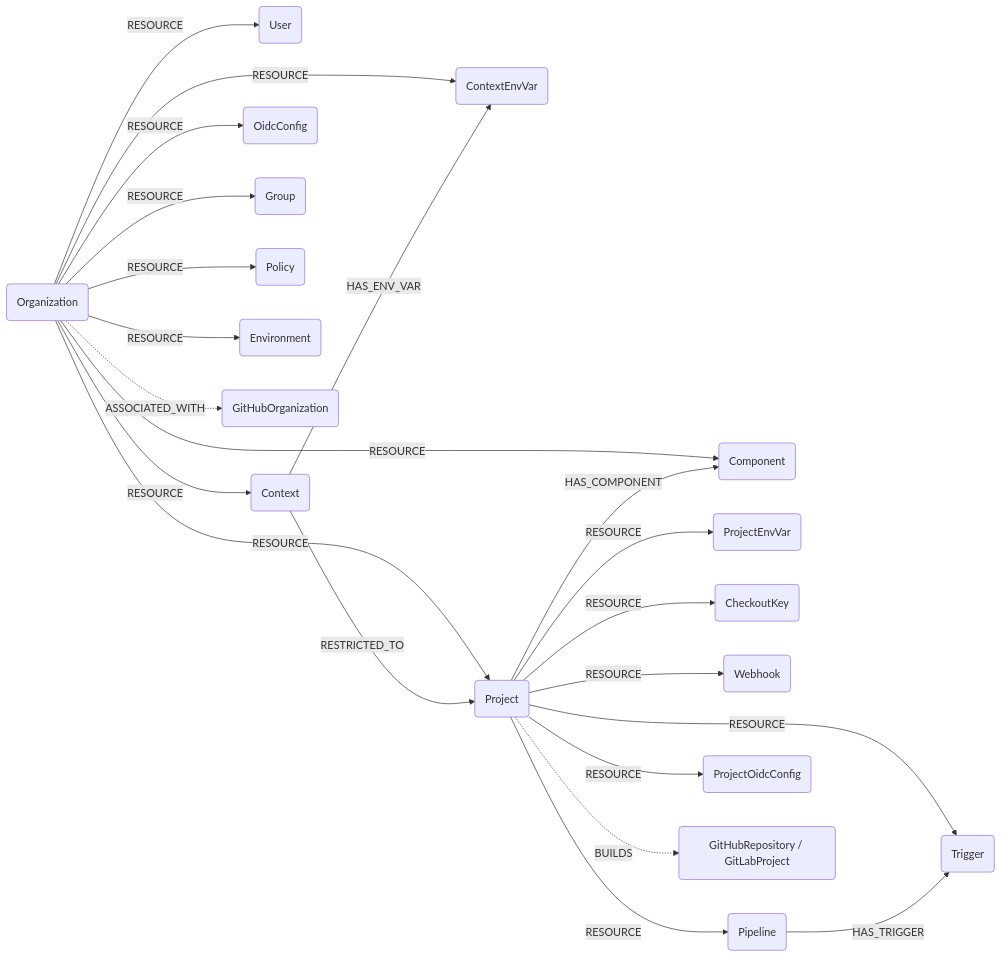
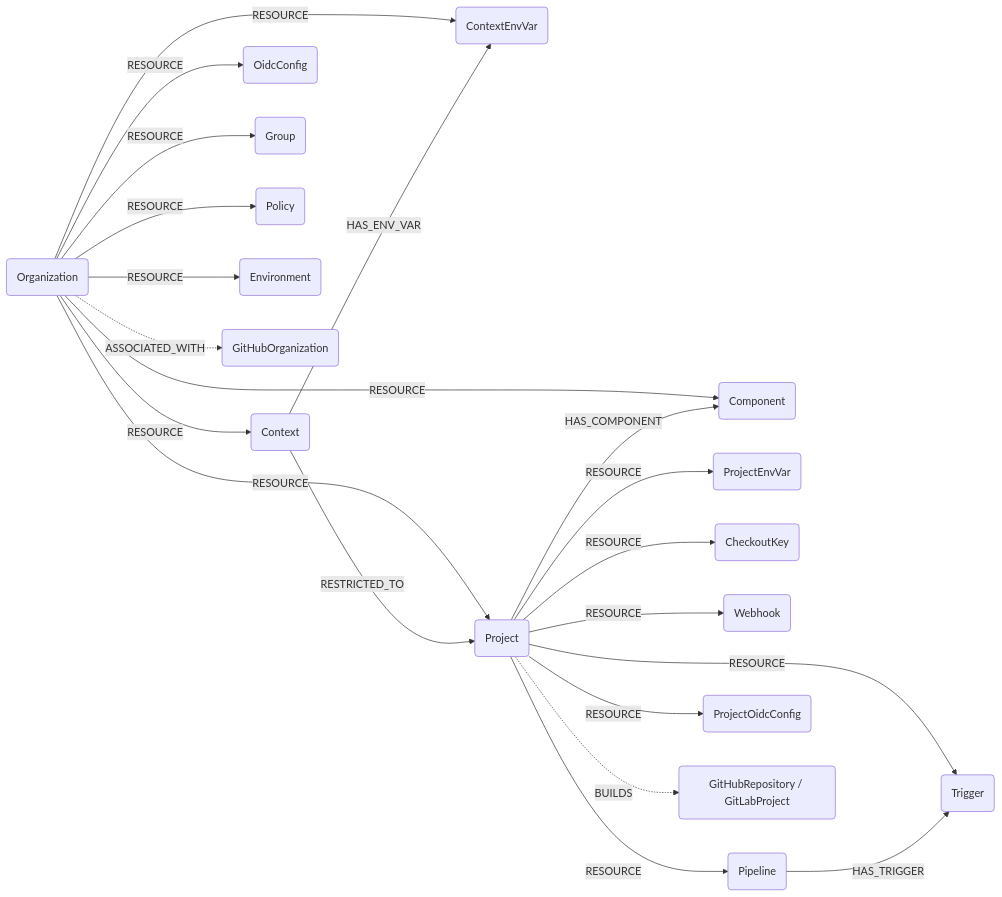
One commit to cartography-cncf/cartography changed the diagram in docs/root/modules/circleci/schema.md. Above: the diagram before and after it, drawn with Mermaid. The commit also changed other lines of this file and 5 other files, not shown here.

````diff
--- a/docs/root/modules/circleci/schema.md
+++ b/docs/root/modules/circleci/schema.md
@@ -3,24 +3,23 @@
 ```mermaid
 graph LR
-O(Organization) -- RESOURCE --> U(User)
-O -- RESOURCE --> C(Context)
+O(Organization) -- RESOURCE --> C(Context)
 O -- RESOURCE --> CEV(ContextEnvVar)
 C -- HAS_ENV_VAR --> CEV
 O -- RESOURCE --> OIDC(OidcConfig)
 O -- RESOURCE --> G(Group)
 O -- RESOURCE --> POL(Policy)
 O -- RESOURCE --> ENV(Environment)
 O -- RESOURCE --> CMP(Component)
 O -- RESOURCE --> P(Project)
 P -- HAS_COMPONENT --> CMP
 P -- RESOURCE --> PEV(ProjectEnvVar)
 P -- RESOURCE --> CK(CheckoutKey)
 P -- RESOURCE --> W(Webhook)
 P -- RESOURCE --> PL(Pipeline)
 P -- RESOURCE --> TR(Trigger)
 P -- RESOURCE --> POIDC(ProjectOidcConfig)
 PL -- HAS_TRIGGER --> TR
 C -- RESTRICTED_TO --> P
 O -. ASSOCIATED_WITH .-> GHO(GitHubOrganization)
 P -. BUILDS .-> GHR(GitHubRepository / GitLabProject)
 ```
````
